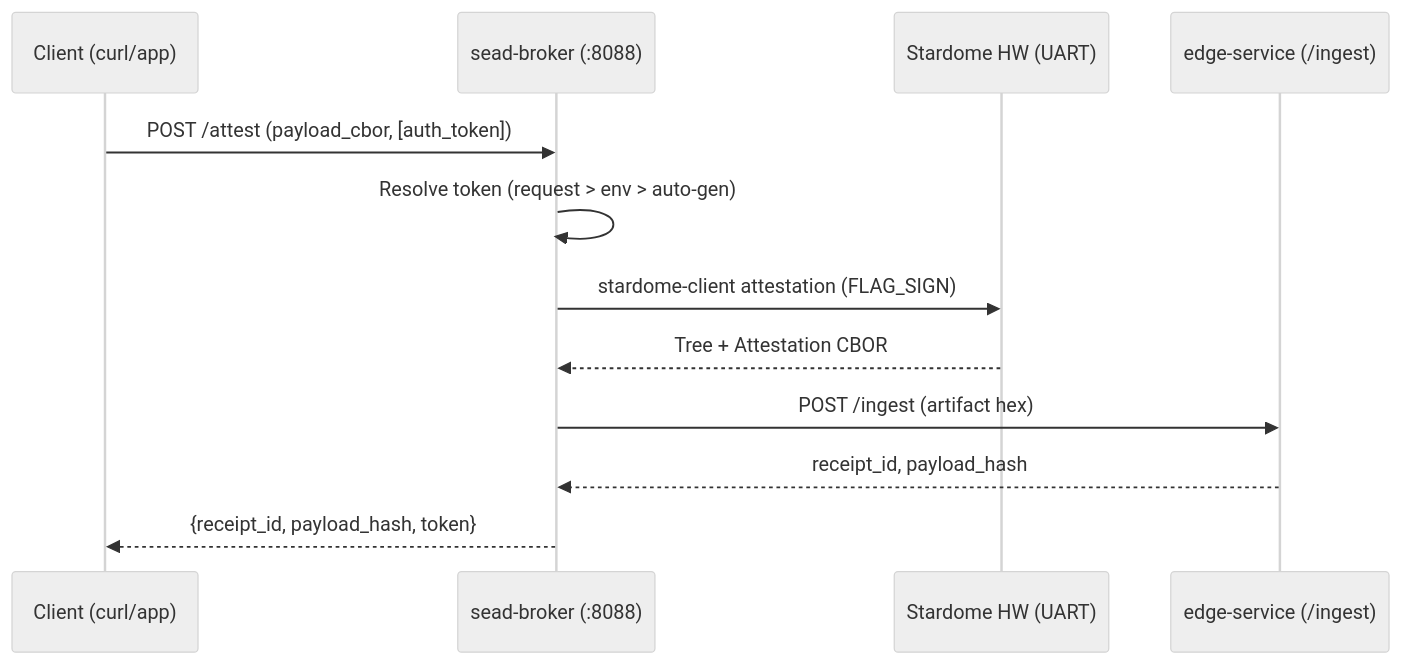
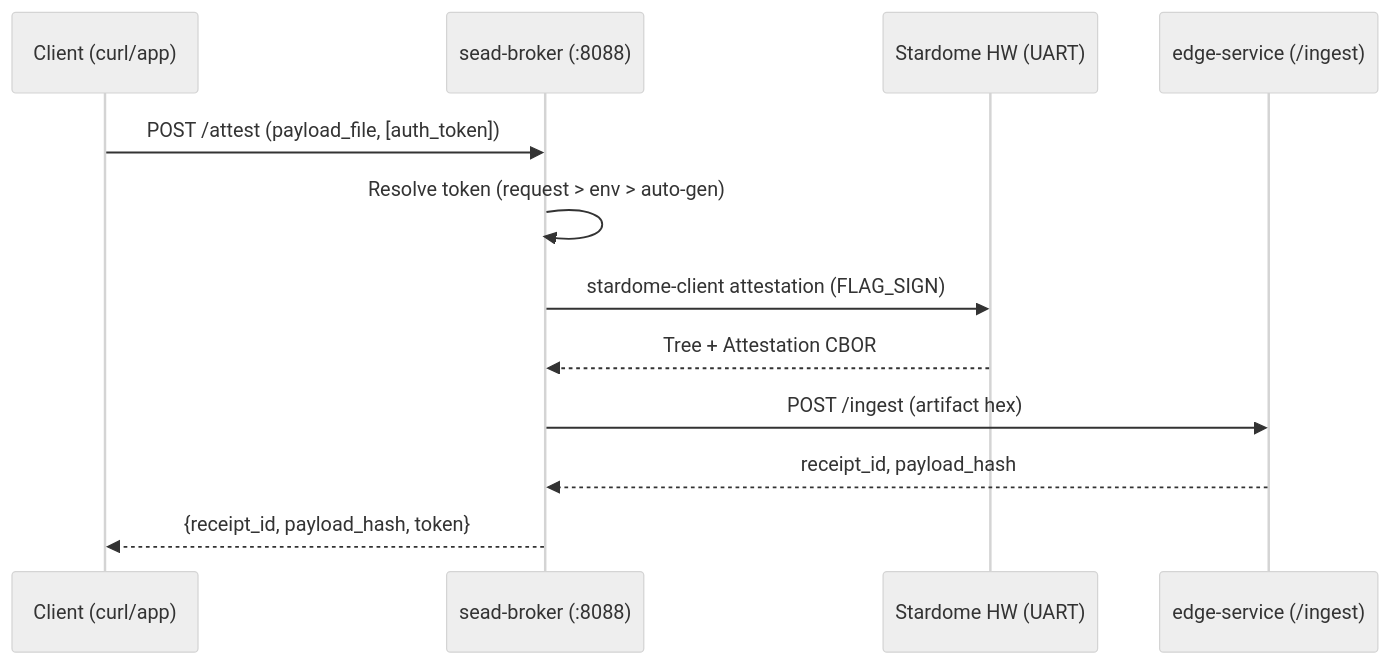
Before and after one commit to Stardome-technology/stardome-sead-broker: the first of 3 diagrams in README.md, drawn with Mermaid (neutral theme). The commit also changed other lines of this file, not shown here.

Commit message:
Update README.md to change payload_cbor to payload_file in attest API documentation

````diff
--- a/README.md
+++ b/README.md
@@ -13,15 +13,15 @@
 ```mermaid
 sequenceDiagram
     participant User as Client (curl/app)
     participant Broker as sead-broker (:8088)
     participant HW as Stardome HW (UART)
     participant SEAD as edge-service (/ingest)
 
-    User->>Broker: POST /attest (payload_cbor, [auth_token])
+    User->>Broker: POST /attest (payload_file, [auth_token])
     Broker->>Broker: Resolve token (request > env > auto-gen)
     Broker->>HW: stardome-client attestation (FLAG_SIGN)
     HW-->>Broker: Tree + Attestation CBOR
     Broker->>SEAD: POST /ingest (artifact hex)
     SEAD-->>Broker: receipt_id, payload_hash
     Broker-->>User: {receipt_id, payload_hash, token}
 ```
````
